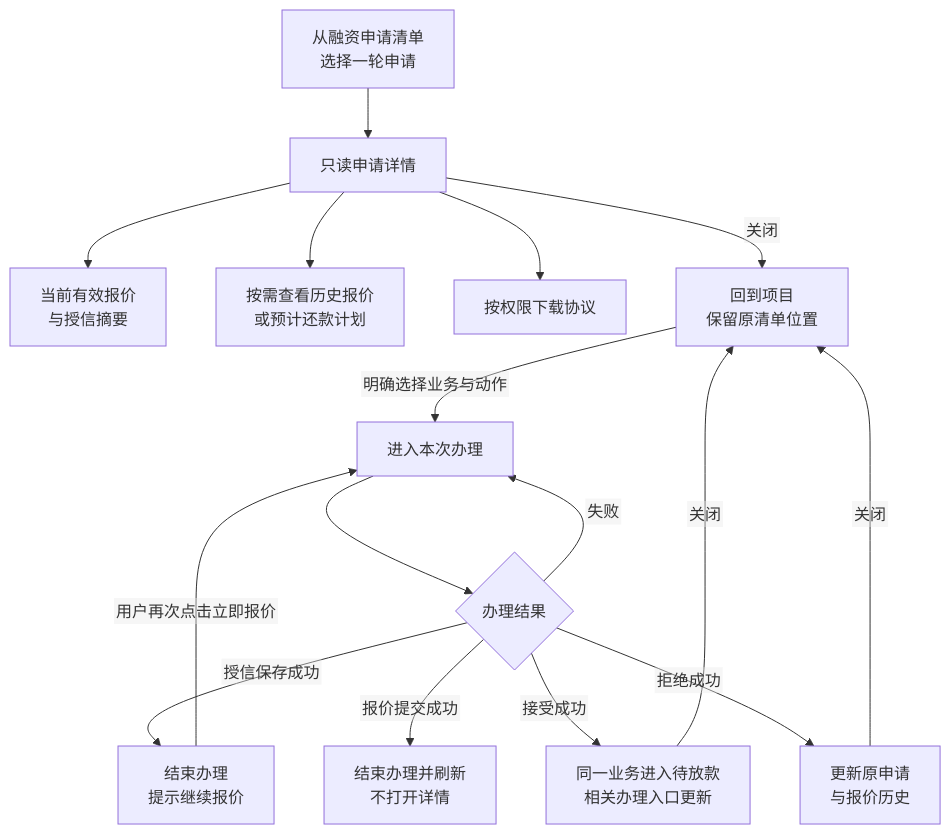
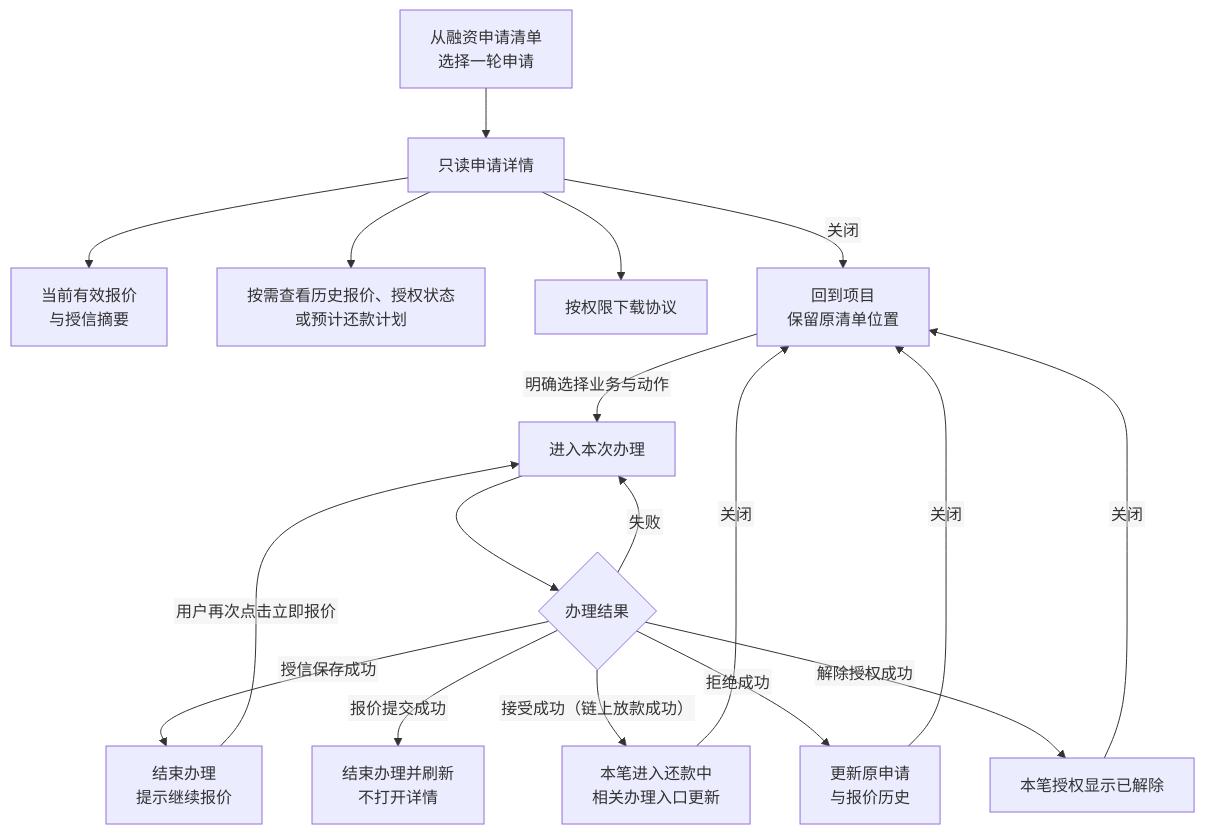
The fifth of 10 diagrams in lending-platform/PRD/面客端/06-借贷广场-授信报价与接受拒绝/02-授信报价与接受拒绝-流程图与状态机.md (wxblockchain/Chain-Financing), drawn with Mermaid before and after one commit. The commit also changed other lines of this file and 5 other files, not shown here.

````diff
--- a/lending-platform/PRD/面客端/06-借贷广场-授信报价与接受拒绝/02-授信报价与接受拒绝-流程图与状态机.md
+++ b/lending-platform/PRD/面客端/06-借贷广场-授信报价与接受拒绝/02-授信报价与接受拒绝-流程图与状态机.md
@@ -115,19 +141,21 @@
 ```mermaid
 %%{init: {"flowchart": {"htmlLabels": false, "wrappingWidth": 400}}}%%
 flowchart TD
   A["从融资申请清单<br/>选择一轮申请"] --> B["只读申请详情"]
   B --> C["当前有效报价<br/>与授信摘要"]
-  B --> D["按需查看历史报价<br/>或预计还款计划"]
+  B --> D["按需查看历史报价、授权状态<br/>或预计还款计划"]
   B --> E["按权限下载协议"]
   B -->|"关闭"| P["回到项目<br/>保留原清单位置"]
   P -->|"明确选择业务与动作"| Q["进入本次办理"]
   Q --> R{"办理结果"}
   R -->|"授信保存成功"| S["结束办理<br/>提示继续报价"]
   R -->|"报价提交成功"| T["结束办理并刷新<br/>不打开详情"]
-  R -->|"接受成功"| U["同一业务进入待放款<br/>相关办理入口更新"]
+  R -->|"接受成功（链上放款成功）"| U["本笔进入还款中<br/>相关办理入口更新"]
   R -->|"拒绝成功"| V["更新原申请<br/>与报价历史"]
+  R -->|"解除授权成功"| W["本笔授权显示已解除"]
   R -->|"失败"| Q
   S -->|"用户再次点击立即报价"| Q
   U -->|"关闭"| P
   V -->|"关闭"| P
+  W -->|"关闭"| P
 ```
````
